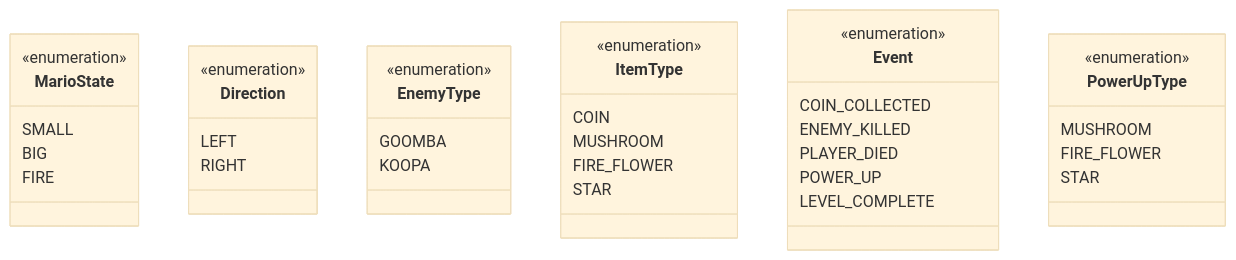
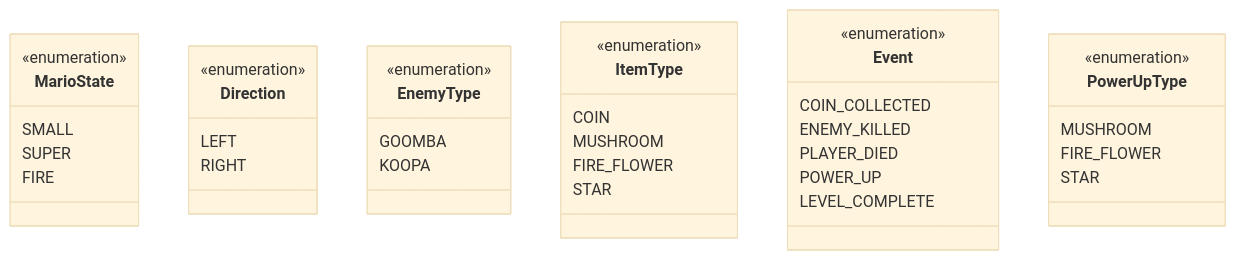
One commit to baoduong2342007/CS202-Group04-FinalProject changed the second of 2 diagrams in docs/class_diagram.md. Above: the diagram before and after it, drawn with Mermaid (base theme). The commit also changed other lines of this file and 9 other files, not shown here.

Commit message:
[TV1] Add Sprint 6 audit trackers, locked interfaces, and update architecture docs

````diff
--- a/docs/class_diagram.md
+++ b/docs/class_diagram.md
@@ -386,45 +422,45 @@
 ```mermaid
 classDiagram
     class MarioState {
         <<enumeration>>
         SMALL
-        BIG
+        SUPER
         FIRE
     }
 
     class Direction {
         <<enumeration>>
         LEFT
         RIGHT
     }
 
     class EnemyType {
         <<enumeration>>
         GOOMBA
         KOOPA
     }
 
     class ItemType {
         <<enumeration>>
         COIN
         MUSHROOM
         FIRE_FLOWER
         STAR
     }
 
     class Event {
         <<enumeration>>
         COIN_COLLECTED
         ENEMY_KILLED
         PLAYER_DIED
         POWER_UP
         LEVEL_COMPLETE
     }
 
     class PowerUpType {
         <<enumeration>>
         MUSHROOM
         FIRE_FLOWER
         STAR
     }
 ```
````
